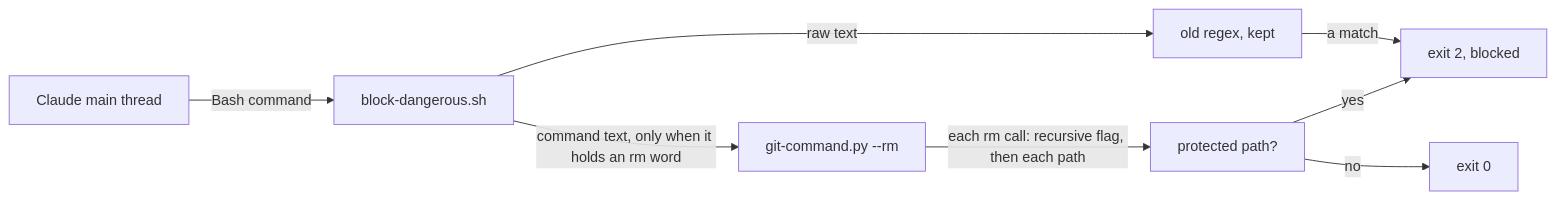
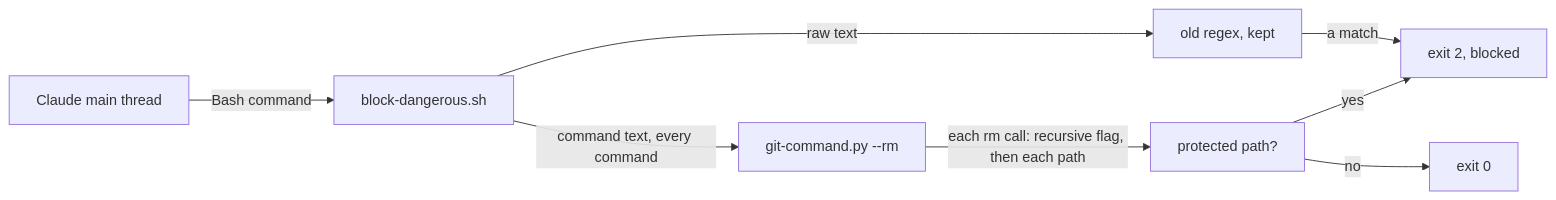
The first of 3 diagrams in docs/specs/rm-forms.md (dzaffren/claude-plugin), drawn with Mermaid before and after one commit. The commit also changed other lines of this file and 2 other files, not shown here.

First line of the commit message:
fix(scripts): run the parsed rm check on every command

````diff
--- a/docs/specs/rm-forms.md
+++ b/docs/specs/rm-forms.md
@@ -52,10 +52,10 @@
 ```mermaid
 flowchart LR
     C[Claude main thread] -- Bash command --> H[block-dangerous.sh]
     H -- "raw text" --> R["old regex, kept"]
-    H -- "command text, only when it holds an rm word" --> P["git-command.py --rm"]
+    H -- "command text, every command" --> P["git-command.py --rm"]
     P -- "each rm call: recursive flag, then each path" --> J["protected path?"]
     R -- "a match" --> B["exit 2, blocked"]
     J -- "yes" --> B
     J -- "no" --> A["exit 0"]
 ```
````
